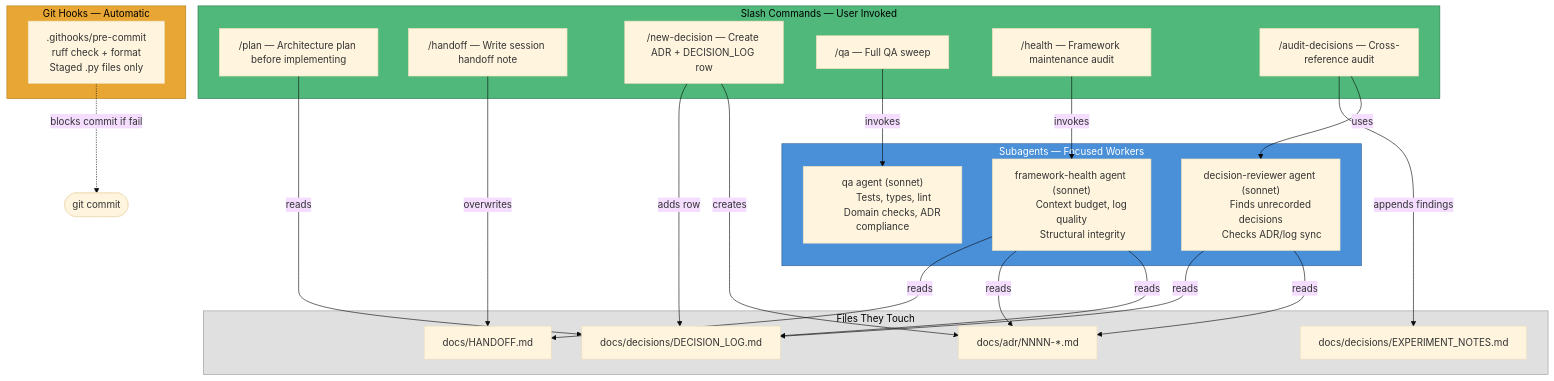
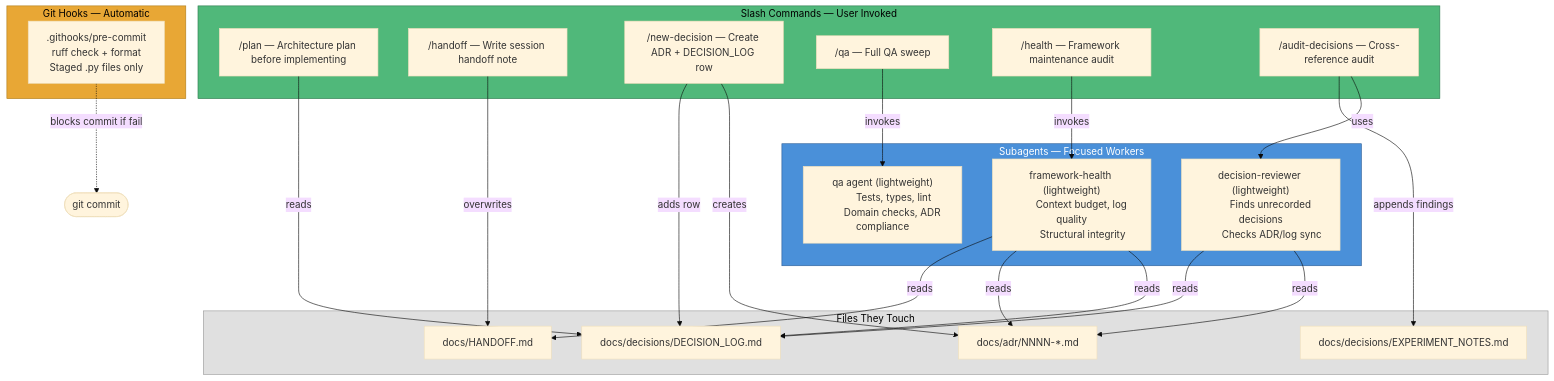
The third of 4 diagrams in docs/FRAMEWORK_DIAGRAM.md (maxpowers1/av1-tui-starter), drawn with Mermaid (base theme) before and after one commit. The commit also changed other lines of this file and 16 other files, not shown here.

````diff
--- a/docs/FRAMEWORK_DIAGRAM.md
+++ b/docs/FRAMEWORK_DIAGRAM.md
@@ -118,56 +118,56 @@
 ```mermaid
 flowchart TB
     subgraph COMMANDS["Slash Commands — User Invoked"]
         CMD_PLAN["/plan — Architecture plan before implementing"]
         CMD_HANDOFF["/handoff — Write session handoff note"]
         CMD_DECISION["/new-decision — Create ADR + DECISION_LOG row"]
         CMD_QA["/qa — Full QA sweep"]
         CMD_HEALTH["/health — Framework maintenance audit"]
         CMD_AUDIT["/audit-decisions — Cross-reference audit"]
     end
 
     subgraph AGENTS["Subagents — Focused Workers"]
-        AGENT_QA["qa agent (sonnet)
+        AGENT_QA["qa agent (lightweight)
         Tests, types, lint
         Domain checks, ADR compliance"]
-        AGENT_DR["decision-reviewer agent (sonnet)
+        AGENT_DR["decision-reviewer (lightweight)
         Finds unrecorded decisions
         Checks ADR/log sync"]
-        AGENT_FH["framework-health agent (sonnet)
+        AGENT_FH["framework-health (lightweight)
         Context budget, log quality
         Structural integrity"]
     end
 
     subgraph HOOKS["Git Hooks — Automatic"]
         HOOK_PC[".githooks/pre-commit
         ruff check + format
         Staged .py files only"]
     end
 
     subgraph FILES["Files They Touch"]
         HANDOFF_MD["docs/HANDOFF.md"]
         ADR_DIR["docs/adr/NNNN-*.md"]
         DECISION_LOG["docs/decisions/DECISION_LOG.md"]
         EXPERIMENT["docs/decisions/EXPERIMENT_NOTES.md"]
     end
 
     CMD_PLAN -->|reads| DECISION_LOG
     CMD_HANDOFF -->|overwrites| HANDOFF_MD
     CMD_DECISION -->|creates| ADR_DIR
     CMD_DECISION -->|adds row| DECISION_LOG
     CMD_QA -->|invokes| AGENT_QA
     CMD_HEALTH -->|invokes| AGENT_FH
     AGENT_FH -->|reads| DECISION_LOG
     AGENT_FH -->|reads| ADR_DIR
     AGENT_FH -->|reads| HANDOFF_MD
     CMD_AUDIT -->|uses| AGENT_DR
     CMD_AUDIT -->|appends findings| EXPERIMENT
     AGENT_DR -->|reads| ADR_DIR
     AGENT_DR -->|reads| DECISION_LOG
     HOOK_PC -.->|blocks commit if fail| COMMITNODE([git commit])
 
     style COMMANDS fill:#50b87a,stroke:#2d7a4f,color:#000
     style AGENTS fill:#4a90d9,stroke:#2c5f99,color:#fff
     style HOOKS fill:#e8a735,stroke:#b07d1a,color:#000
     style FILES fill:#e0e0e0,stroke:#999,color:#000
 ```
````
